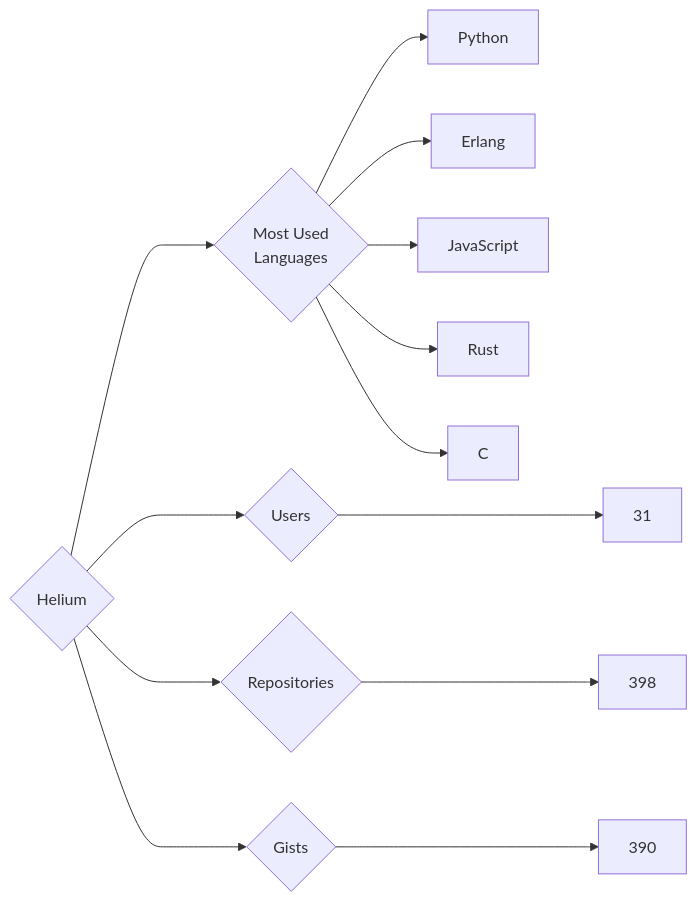
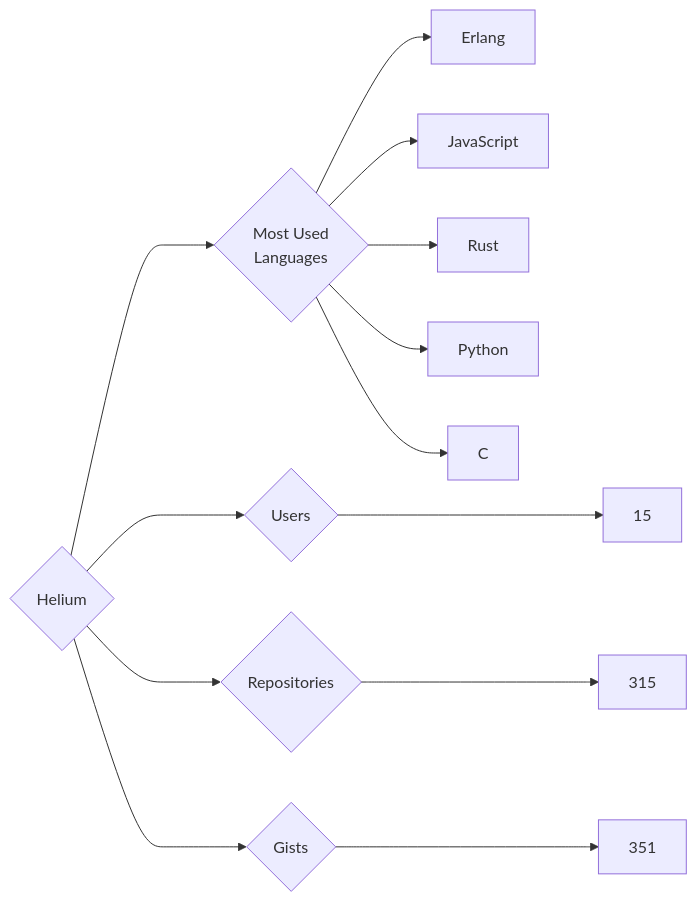
The diagram in targets/Helium/README.md (trickest/insiders), drawn with Mermaid before and after one commit. The commit also changed 639 other files, not shown here.

````diff
--- a/targets/Helium/README.md
+++ b/targets/Helium/README.md
@@ -3,13 +3,13 @@
 ```mermaid
 graph LR
 COMPANY_NAME{Helium}
-COMPANY_NAME ---> U{Users} ---> UN[31]
-COMPANY_NAME ---> R{Repositories} ---> RN[398]
-COMPANY_NAME ---> G{Gists} ---> GN[390]
+COMPANY_NAME ---> U{Users} ---> UN[15]
+COMPANY_NAME ---> R{Repositories} ---> RN[315]
+COMPANY_NAME ---> G{Gists} ---> GN[351]
 COMPANY_NAME ---> ML{Most Used<br>Languages}
-ML --> Python[Python]
 ML --> Erlang[Erlang]
 ML --> JavaScript[JavaScript]
 ML --> Rust[Rust]
+ML --> Python[Python]
 ML --> C[C]
 ```
````
